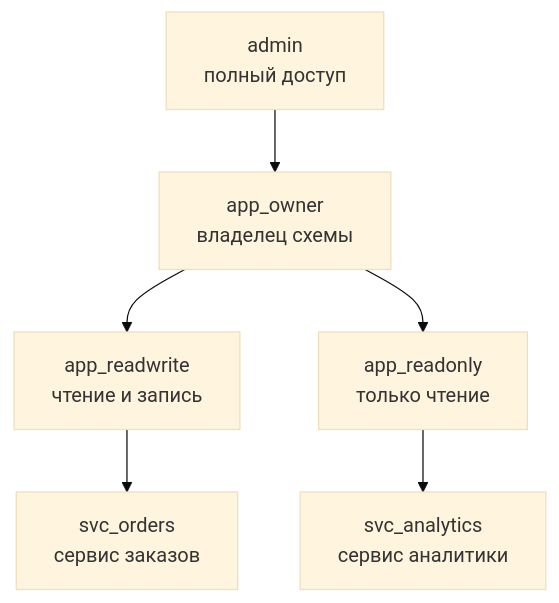
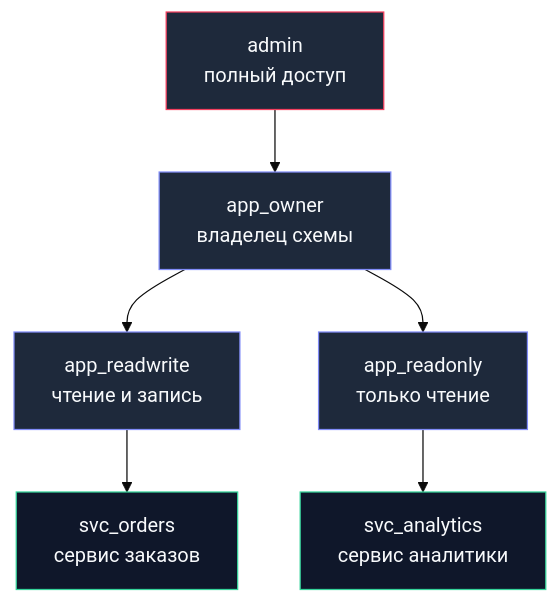
The diagram in sources/12. Базы данных/10. Практика и архитектура/22. RBAC в БД.md (UnrealTemplier/go-textbook), drawn with Mermaid (base theme) before and after one commit. The commit also changed other lines of this file, not shown here.

````diff
--- a/sources/12. Базы данных/10. Практика и архитектура/22. RBAC в БД.md
+++ b/sources/12. Базы данных/10. Практика и архитектура/22. RBAC в БД.md
@@ -19,8 +28,15 @@
 ```mermaid
 flowchart TD
     Admin["admin<br>полный доступ"] --> AppOwner["app_owner<br>владелец схемы"]
     AppOwner --> AppReadWrite["app_readwrite<br>чтение и запись"]
     AppOwner --> AppReadOnly["app_readonly<br>только чтение"]
     AppReadWrite --> SvcOrders["svc_orders<br>сервис заказов"]
     AppReadOnly --> SvcAnalytics["svc_analytics<br>сервис аналитики"]
+
+    classDef admin fill:#1e293b,stroke:#f43f5e,stroke-width:1px,color:#f8fafc;
+    classDef role fill:#1e293b,stroke:#818cf8,stroke-width:1px,color:#f8fafc;
+    classDef svc fill:#0f172a,stroke:#34d399,stroke-width:1px,color:#f8fafc;
+    class Admin admin;
+    class AppOwner,AppReadWrite,AppReadOnly role;
+    class SvcOrders,SvcAnalytics svc;
 ```
````
